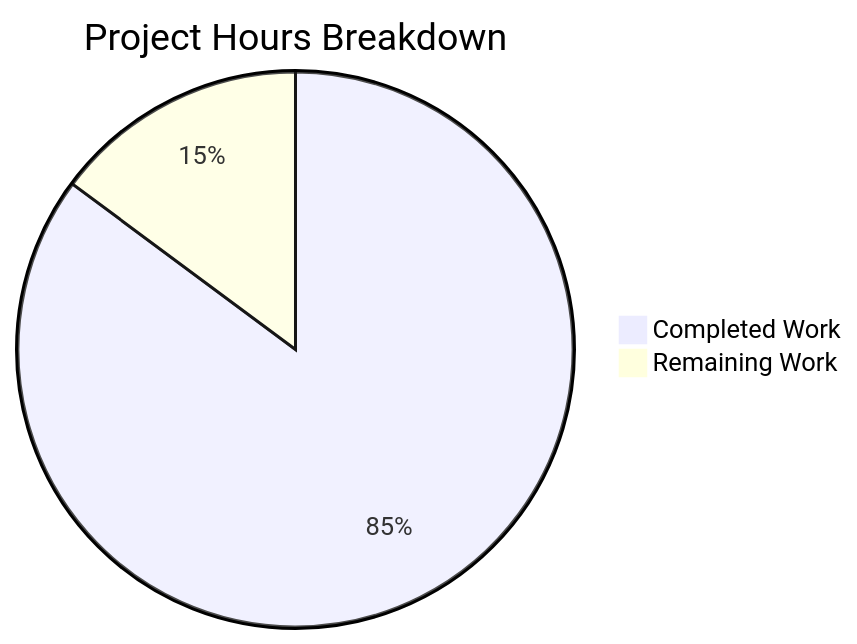
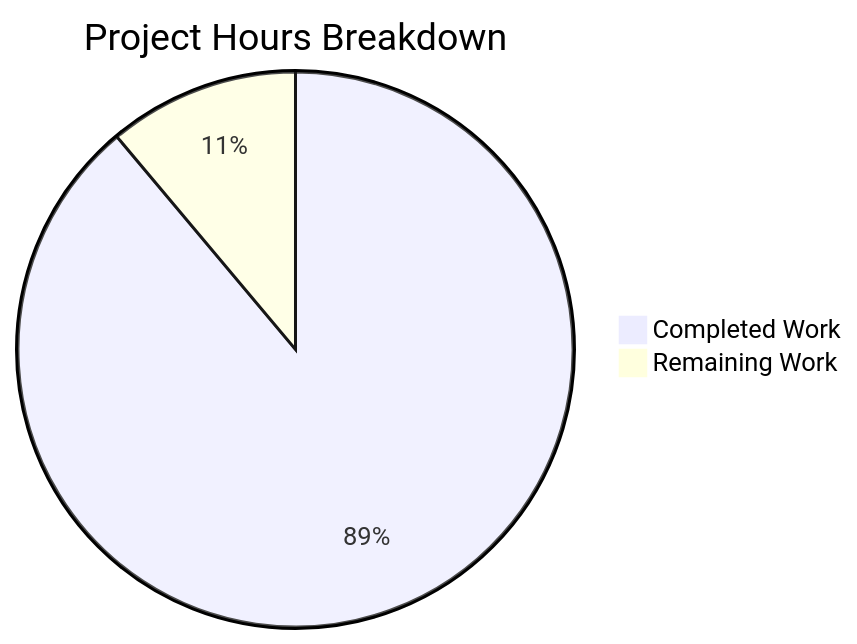
Before and after one commit to Blitzy-Sandbox/blitzy-RudderStack: the second of 2 diagrams in blitzy/documentation/Project Guide.md, drawn with Mermaid. The commit also changed other lines of this file, not shown here.

Commit message:
Adding Blitzy Project Guide: Project Status and Human Tasks Remaining

````diff
--- a/blitzy/documentation/Project Guide.md
+++ b/blitzy/documentation/Project Guide.md
@@ -255,5 +238,5 @@
 ```mermaid
 pie title Project Hours Breakdown
-    "Completed Work" : 132
-    "Remaining Work" : 23
+    "Completed Work" : 280
+    "Remaining Work" : 35
 ```
````
